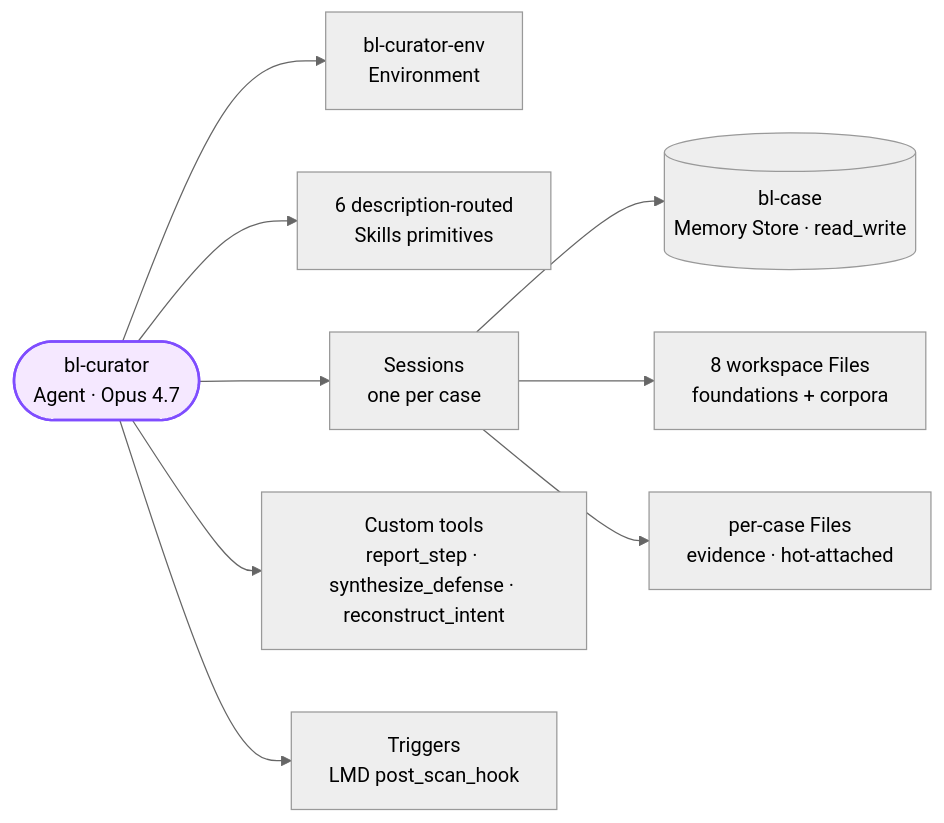
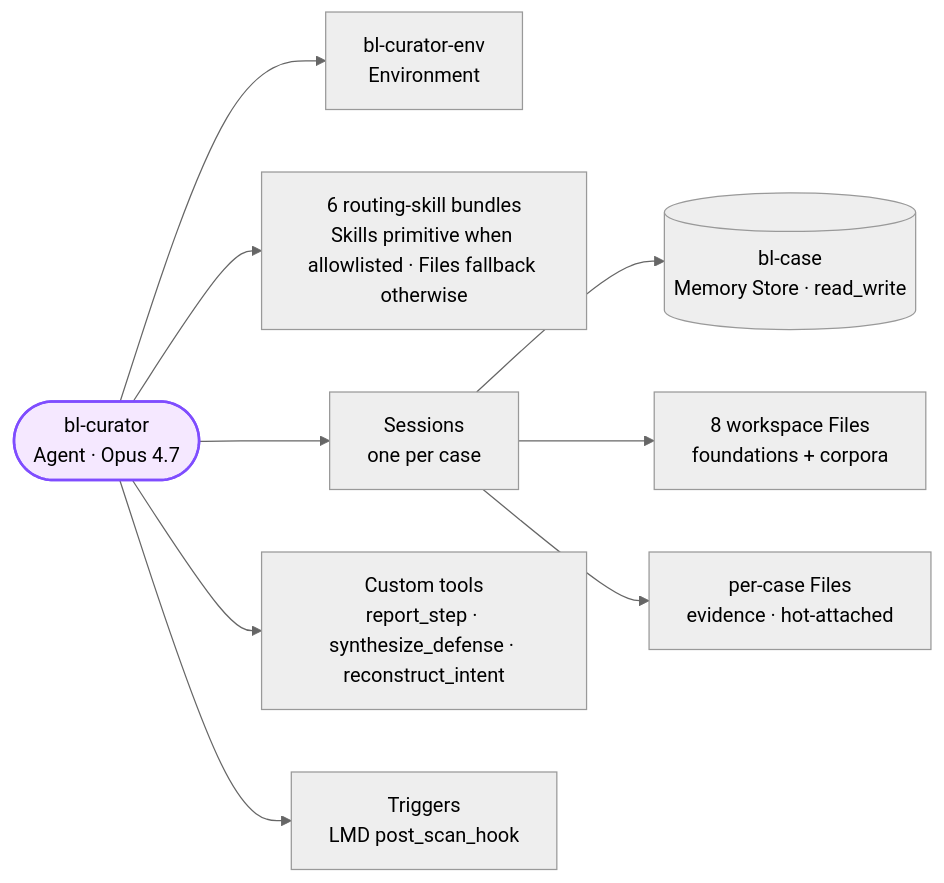
The fourth of 4 diagrams in README.md (rfxn/blacklight), drawn with Mermaid (neutral theme) before and after one commit. The commit also changed other lines of this file and 3 other files, not shown here.

First line of the commit message:
[Change] README + PRD + DESIGN + HACKATHON_TIMELINE — pre-ship honesty pass

````diff
--- a/README.md
+++ b/README.md
@@ -303,14 +303,14 @@
 ```mermaid
 flowchart LR
     AG([bl-curator<br/>Agent · Opus 4.7]) --> ENV[bl-curator-env<br/>Environment]
-    AG --> SK[6 description-routed<br/>Skills primitives]
+    AG --> SK[6 routing-skill bundles<br/>Skills primitive when allowlisted · Files fallback otherwise]
     AG --> SE[Sessions<br/>one per case]
     SE --> MS[(bl-case<br/>Memory Store · read_write)]
     SE --> WF[8 workspace Files<br/>foundations + corpora]
     SE --> CF[per-case Files<br/>evidence · hot-attached]
     AG --> CT[Custom tools<br/>report_step · synthesize_defense · reconstruct_intent]
     AG --> TR[Triggers<br/>LMD post_scan_hook]
 
     classDef agent fill:#f5e8ff,stroke:#7f4dff,stroke-width:2px
     class AG agent
 ```
````
